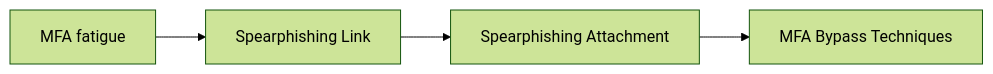
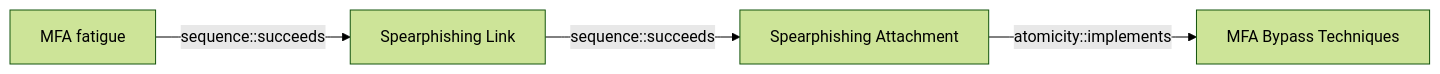
One commit to opentidehq/library changed the diagram in docs/threats/mfa-fatigue.md. Above: the diagram before and after it, drawn with Mermaid (forest theme). The commit also changed other lines of this file and 277 other files, not shown here.

````diff
--- a/docs/threats/mfa-fatigue.md
+++ b/docs/threats/mfa-fatigue.md
@@ -55,10 +96,10 @@
 ```mermaid
 flowchart LR
 56500aed_5dec_42a8_a275_f1392abac979["MFA fatigue"]
 1a68b5eb_0112_424d_a21f_88dda0b6b8df["Spearphishing Link"]
 dd5d942c_bac4_4000_b9a6_ca4fef6cfb84["Spearphishing Attachment"]
 4a807ac4_f764_41b1_ae6f_94239041d349["MFA Bypass Techniques"]
-56500aed_5dec_42a8_a275_f1392abac979 --> 1a68b5eb_0112_424d_a21f_88dda0b6b8df
-1a68b5eb_0112_424d_a21f_88dda0b6b8df --> dd5d942c_bac4_4000_b9a6_ca4fef6cfb84
-dd5d942c_bac4_4000_b9a6_ca4fef6cfb84 --> 4a807ac4_f764_41b1_ae6f_94239041d349
+56500aed_5dec_42a8_a275_f1392abac979 -->|sequence::succeeds| 1a68b5eb_0112_424d_a21f_88dda0b6b8df
+1a68b5eb_0112_424d_a21f_88dda0b6b8df -->|sequence::succeeds| dd5d942c_bac4_4000_b9a6_ca4fef6cfb84
+dd5d942c_bac4_4000_b9a6_ca4fef6cfb84 -->|atomicity::implements| 4a807ac4_f764_41b1_ae6f_94239041d349
 ```
````
